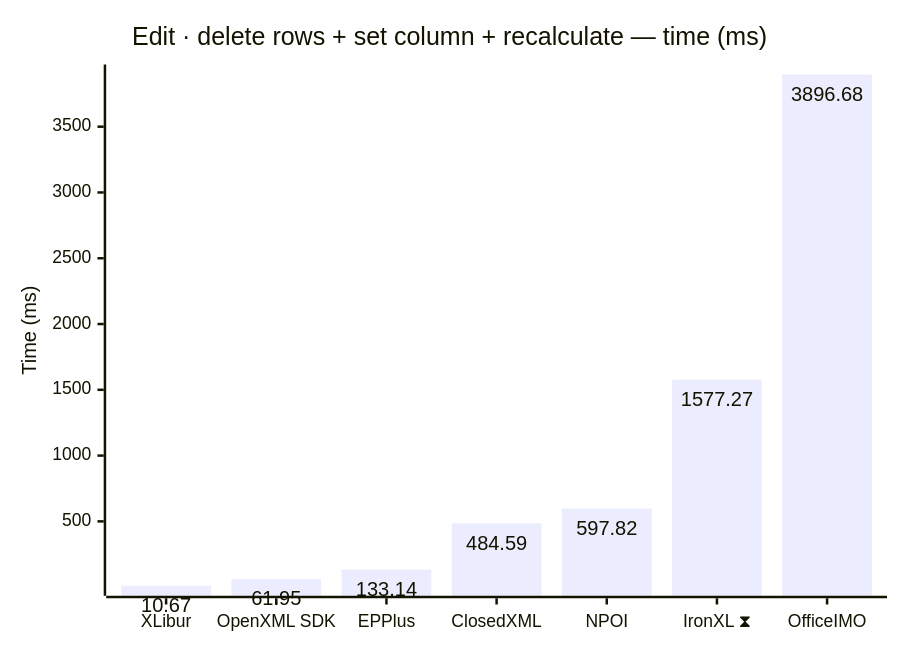
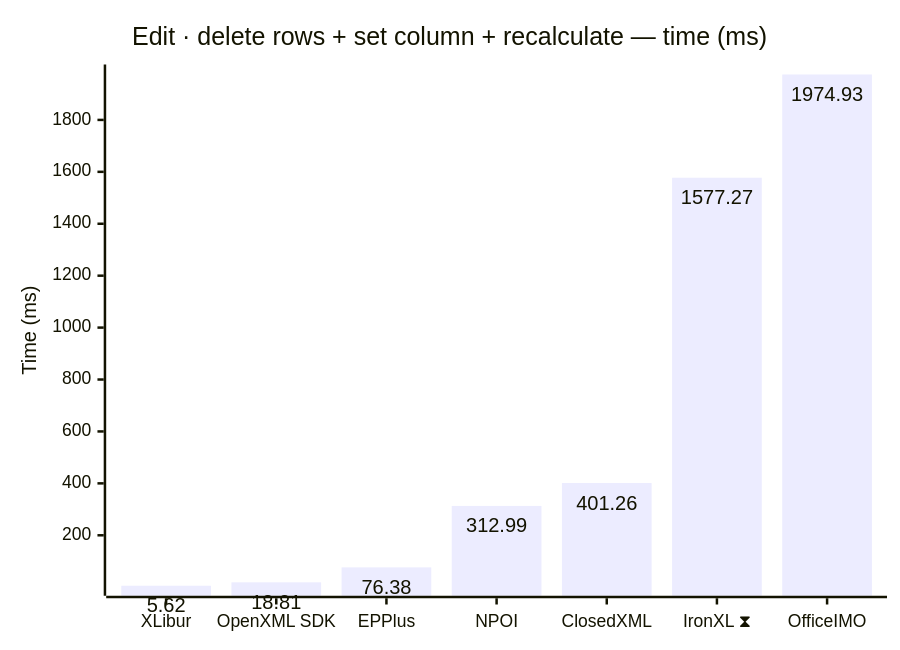
Before and after one commit to jafin/XLBench: diagram 11 of 18 in docs/results-ci.md, drawn with Mermaid. The commit also changed other lines of this file, not shown here.

````diff
--- a/docs/results-ci.md
+++ b/docs/results-ci.md
@@ -147,12 +173,12 @@
 ```mermaid
 ---
 config:
   xyChart:
     showDataLabel: true
 ---
 xychart-beta
     title "Edit · delete rows + set column + recalculate — time (ms)"
-    x-axis ["XLibur", "OpenXML SDK", "EPPlus", "ClosedXML", "NPOI", "IronXL ⧗", "OfficeIMO"]
+    x-axis ["XLibur", "OpenXML SDK", "EPPlus", "NPOI", "ClosedXML", "IronXL ⧗", "OfficeIMO"]
     y-axis "Time (ms)"
-    bar [10.67, 61.95, 133.14, 484.59, 597.82, 1577.27, 3896.68]
+    bar [5.62, 18.81, 76.38, 312.99, 401.26, 1577.27, 1974.93]
 ```
````
